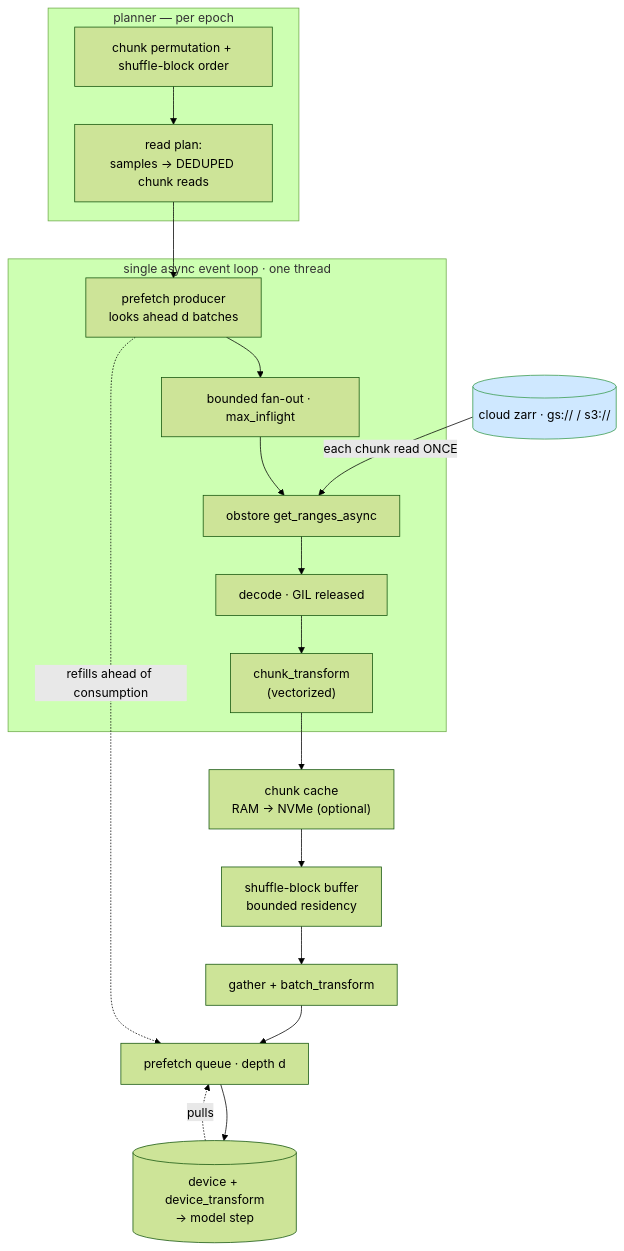
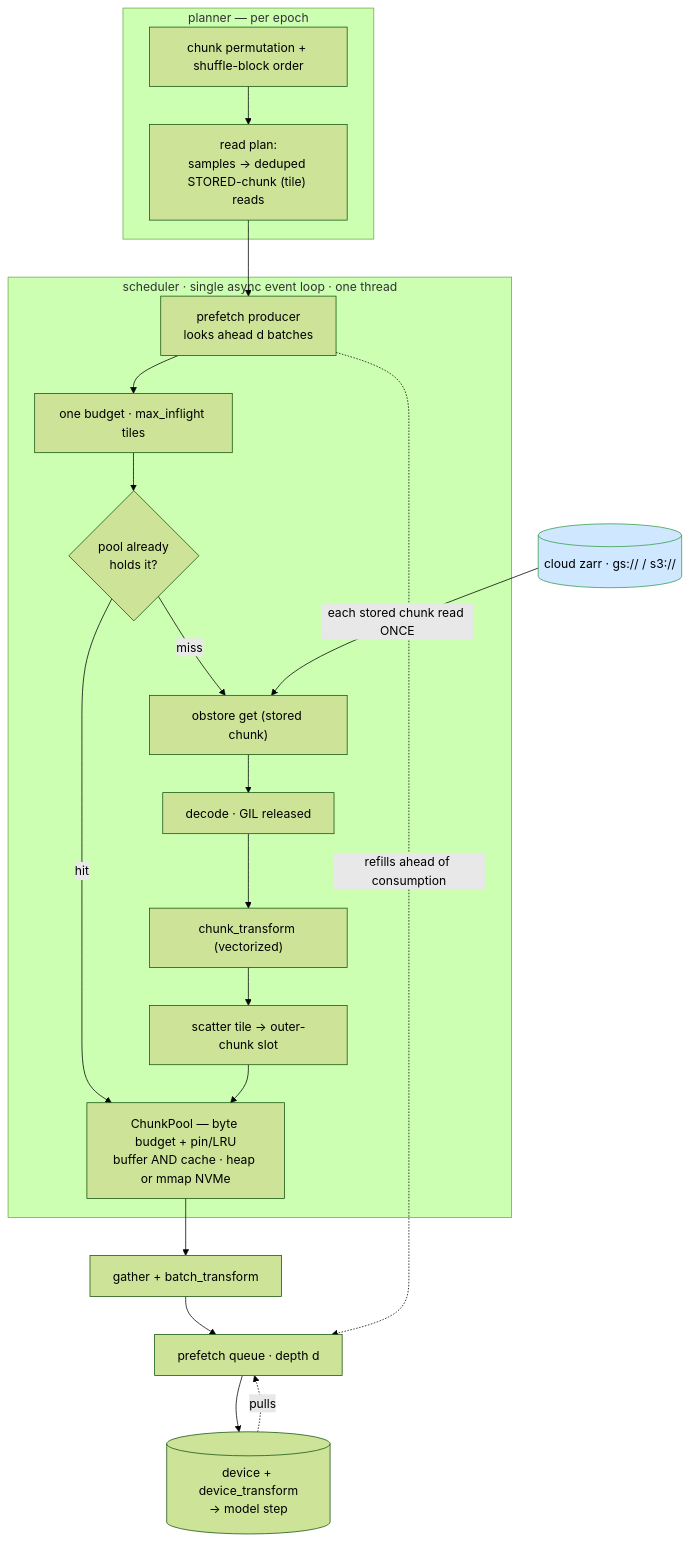
The second of 3 diagrams in docs/architecture.md (emfdavid/insitubatch), drawn with Mermaid (forest theme) before and after one commit. The commit also changed other lines of this file and 12 other files, not shown here.

````diff
--- a/docs/architecture.md
+++ b/docs/architecture.md
@@ -84,23 +84,25 @@
 ```mermaid
 flowchart TB
     SRC[("cloud zarr · gs:// / s3://")]:::cloud
     subgraph PLAN["planner — per epoch"]
-        PERM["chunk permutation + shuffle-block order"] --> RP["read plan:<br/>samples → DEDUPED chunk reads"]
+        PERM["chunk permutation + shuffle-block order"] --> RP["read plan:<br/>samples → deduped STORED-chunk (tile) reads"]
     end
-    subgraph LOOP["single async event loop · one thread"]
-        PROD["prefetch producer<br/>looks ahead d batches"] --> SEM["bounded fan-out · max_inflight"]
-        SEM --> OBS["obstore get_ranges_async"]
+    subgraph LOOP["scheduler · single async event loop · one thread"]
+        PROD["prefetch producer<br/>looks ahead d batches"] --> SEM["one budget · max_inflight tiles"]
+        SEM --> SKIP{"pool already<br/>holds it?"}
+        SKIP -->|"hit"| POOL
+        SKIP -->|"miss"| OBS["obstore get (stored chunk)"]
         OBS --> DEC["decode · GIL released"]
-        DEC --> CT["chunk_transform<br/>(vectorized)"]
+        DEC --> CT["chunk_transform (vectorized)"]
+        CT --> SCAT["scatter tile → outer-chunk slot"]
     end
-    CT --> CACHE["chunk cache<br/>RAM → NVMe (optional)"]
-    CACHE --> BUF["shuffle-block buffer<br/>bounded residency"]
-    BUF --> GTH["gather + batch_transform"]
+    SCAT --> POOL["ChunkPool — byte budget + pin/LRU<br/>buffer AND cache · heap or mmap NVMe"]
+    POOL --> GTH["gather + batch_transform"]
     GTH --> PQ["prefetch queue · depth d"]
     PQ --> GPU[("device + device_transform<br/>→ model step")]
-    SRC -->|"each chunk read ONCE"| OBS
+    SRC -->|"each stored chunk read ONCE"| OBS
     RP --> PROD
     GPU -.->|"pulls"| PQ
     PROD -.->|"refills ahead of consumption"| PQ
     classDef cloud fill:#cfe8ff,stroke:#379a4a;
 ```
````
